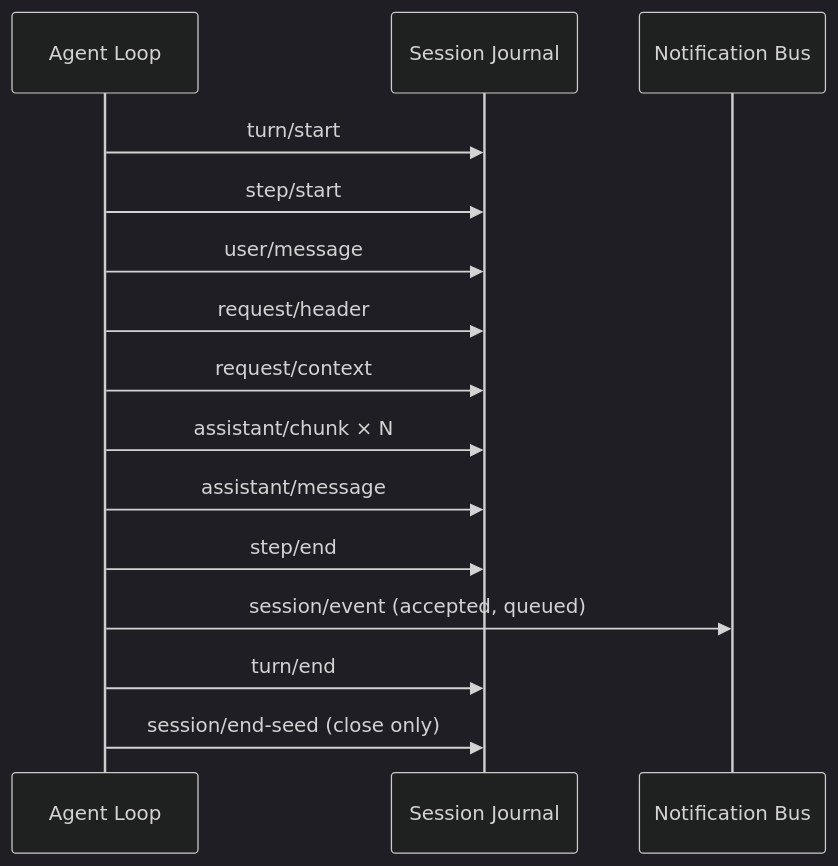
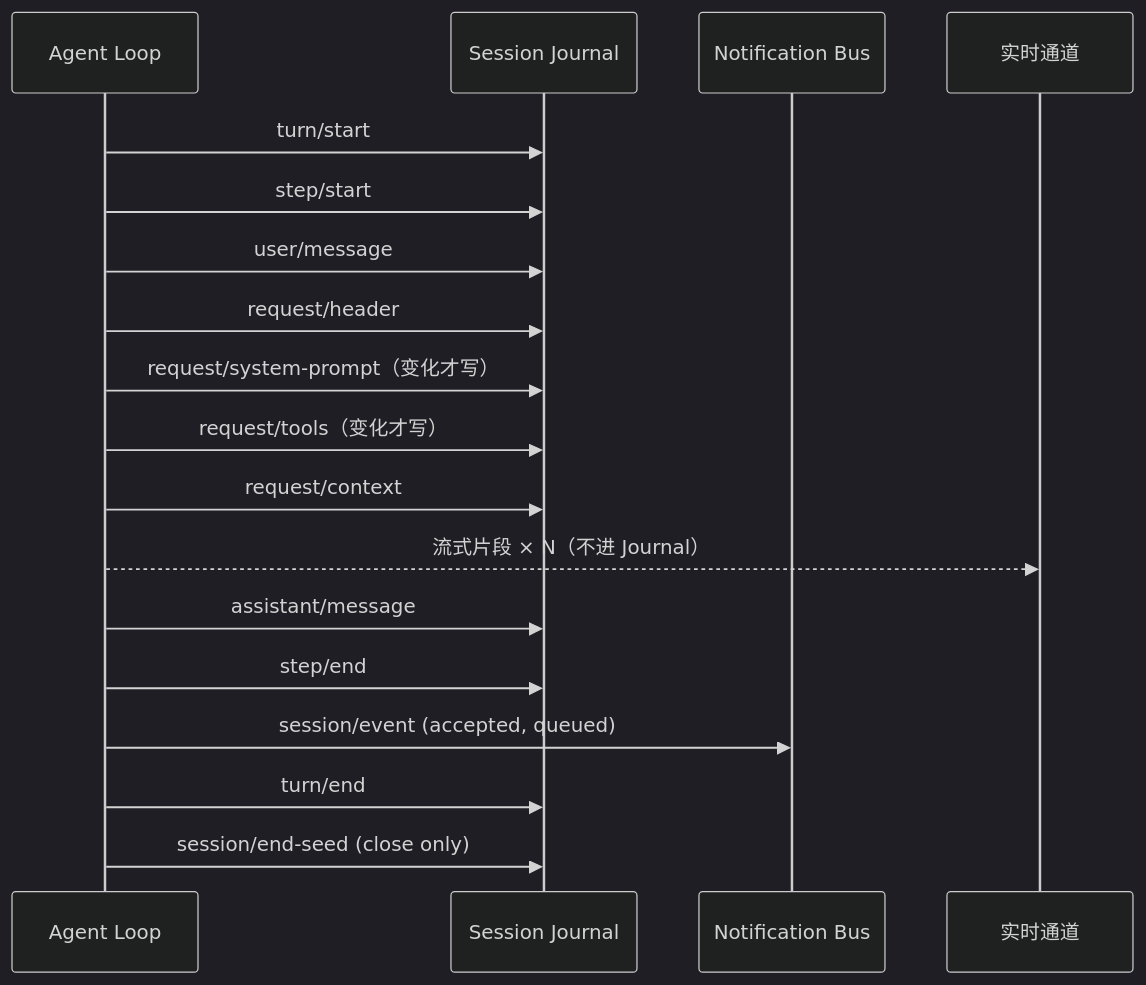
Before and after one commit to WakeUp-Jin/actspace-agent: the first of 2 diagrams in docs/design-docs/agent-plugin-runtime/agent-spec-dsh-event-model.md, drawn with Mermaid (dark theme). The commit also changed other lines of this file and 210 other files, not shown here.

````diff
--- a/docs/design-docs/agent-plugin-runtime/agent-spec-dsh-event-model.md
+++ b/docs/design-docs/agent-plugin-runtime/agent-spec-dsh-event-model.md
@@ -56,17 +58,20 @@
 ```mermaid
 sequenceDiagram
     participant A as Agent Loop
     participant J as Session Journal
     participant N as Notification Bus
+    participant L as 实时通道
     A->>J: turn/start
     A->>J: step/start
     A->>J: user/message
     A->>J: request/header
+    A->>J: request/system-prompt（变化才写）
+    A->>J: request/tools（变化才写）
     A->>J: request/context
-    A->>J: assistant/chunk × N
+    A-->>L: 流式片段 × N（不进 Journal）
     A->>J: assistant/message
     A->>J: step/end
     A->>N: session/event (accepted, queued)
     A->>J: turn/end
     A->>J: session/end-seed (close only)
 ```
````
